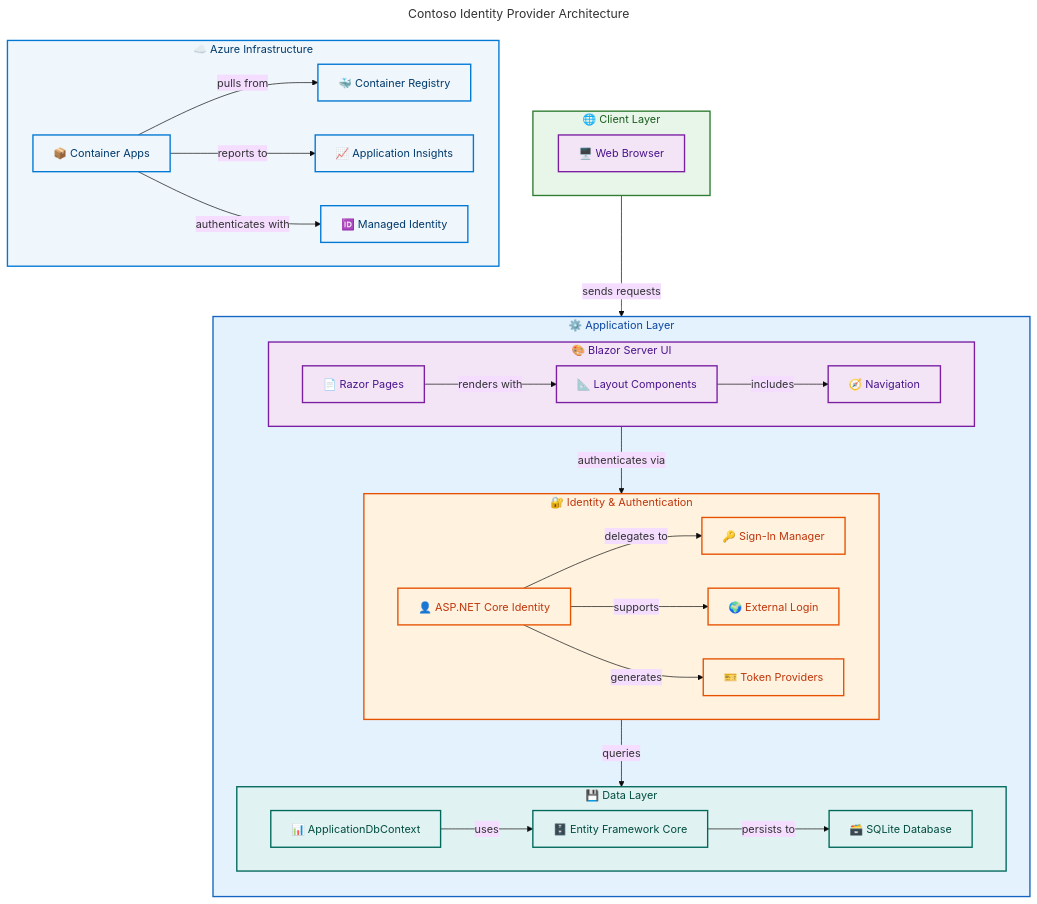
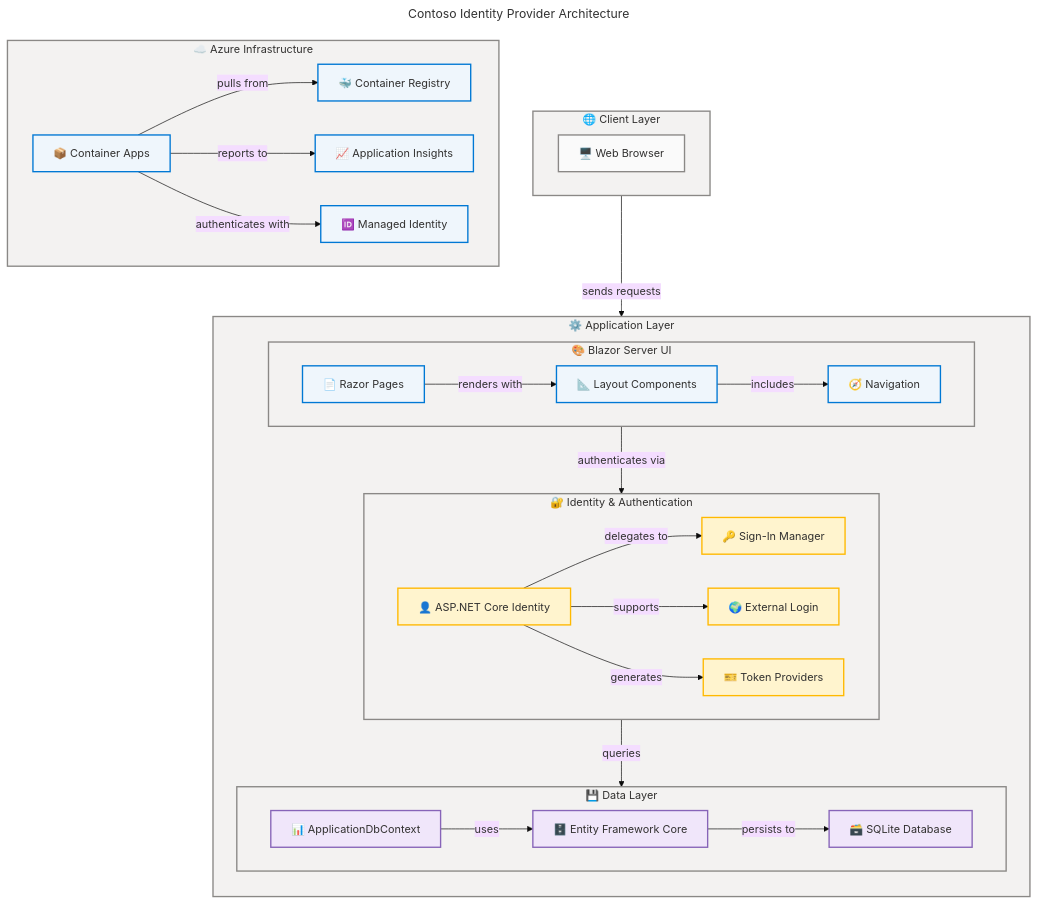
One commit to Evilazaro/IdentityProvider changed the diagram in README.md. Above: the diagram before and after it, drawn with Mermaid.

Commit message:
Enhance flowchart in README.md with updated styling, semantic class definitions, and improved accessibility features

````diff
--- a/README.md
+++ b/README.md
@@ -29,6 +29,8 @@
   theme: base
   look: classic
   layout: dagre
+  themeVariables:
+    fontSize: '16px'
   flowchart:
     htmlLabels: true
 ---
@@ -36,9 +38,20 @@
     accTitle: Contoso Identity Provider Architecture Diagram
     accDescr: Shows the layered architecture of the Identity Provider including UI, authentication, data, and Azure infrastructure components
 
+    %% ═══════════════════════════════════════════════════════════════════════════
+    %% AZURE / FLUENT ARCHITECTURE PATTERN v1.1
+    %% (Semantic + Structural + Font + Accessibility Governance)
+    %% ═══════════════════════════════════════════════════════════════════════════
+    %% PHASE 1 - FLUENT UI: All styling uses approved Fluent UI palette only
+    %% PHASE 2 - GROUPS: Every subgraph has semantic color via style directive
+    %% PHASE 3 - COMPONENTS: Every node has semantic classDef + icon prefix
+    %% PHASE 4 - ACCESSIBILITY: accTitle/accDescr present, WCAG AA contrast
+    %% PHASE 5 - STANDARD: Governance block present, classDefs centralized
+    %% ═══════════════════════════════════════════════════════════════════════════
+
     subgraph client["🌐 Client Layer"]
         direction LR
-        browser["🖥️ Web Browser"]:::ui
+        browser["🖥️ Web Browser"]:::neutral
     end
 
     subgraph app["⚙️ Application Layer"]
@@ -46,20 +59,20 @@
 
         subgraph ui["🎨 Blazor Server UI"]
             direction LR
-            pages["📄 Razor Pages"]:::ui
-            layout["📐 Layout Components"]:::ui
-            nav["🧭 Navigation"]:::ui
+            pages["📄 Razor Pages"]:::core
+            layout["📐 Layout Components"]:::core
+            nav["🧭 Navigation"]:::core
         end
 
         subgraph auth["🔐 Identity & Authentication"]
             direction LR
-            identity["👤 ASP.NET Core Identity"]:::auth
-            signin["🔑 Sign-In Manager"]:::auth
-            external["🌍 External Login"]:::auth
-            tokens["🎫 Token Providers"]:::auth
+            identity["👤 ASP.NET Core Identity"]:::warning
+            signin["🔑 Sign-In Manager"]:::warning
+            external["🌍 External Login"]:::warning
+            tokens["🎫 Token Providers"]:::warning
         end
 
-        subgraph data["💾 Data Layer"]
+        subgraph dataLayer["💾 Data Layer"]
             direction LR
             dbctx["📊 ApplicationDbContext"]:::data
             efcore["🗄️ Entity Framework Core"]:::data
@@ -69,10 +82,10 @@
 
     subgraph azure["☁️ Azure Infrastructure"]
         direction LR
-        aca["📦 Container Apps"]:::infra
-        acr["🐳 Container Registry"]:::infra
-        insights["📈 Application Insights"]:::infra
-        mid["🆔 Managed Identity"]:::infra
+        aca["📦 Container Apps"]:::core
+        acr["🐳 Container Registry"]:::core
+        insights["📈 Application Insights"]:::core
+        mid["🆔 Managed Identity"]:::core
     end
 
     browser -->|"sends requests"| pages
@@ -89,15 +102,17 @@
     aca -->|"reports to"| insights
     aca -->|"authenticates with"| mid
 
-    style client fill:#E8F5E9,stroke:#2E7D32,stroke-width:2px,color:#1B5E20
-    style app fill:#E3F2FD,stroke:#1565C0,stroke-width:2px,color:#0D47A1
-    style ui fill:#F3E5F5,stroke:#7B1FA2,stroke-width:2px,color:#4A148C
-    style auth fill:#FFF3E0,stroke:#E65100,stroke-width:2px,color:#BF360C
-    style data fill:#E0F2F1,stroke:#00695C,stroke-width:2px,color:#004D40
-    style azure fill:#EFF6FC,stroke:#0078D4,stroke-width:2px,color:#003A6C
+    %% Centralized semantic classDefs
+    classDef neutral fill:#FAFAFA,stroke:#8A8886,stroke-width:2px,color:#323130
+    classDef core fill:#EFF6FC,stroke:#0078D4,stroke-width:2px,color:#323130
+    classDef warning fill:#FFF4CE,stroke:#FFB900,stroke-width:2px,color:#323130
+    classDef data fill:#F0E6FA,stroke:#8764B8,stroke-width:2px,color:#323130
 
-    classDef ui fill:#F3E5F5,stroke:#7B1FA2,stroke-width:2px,color:#4A148C
-    classDef auth fill:#FFF3E0,stroke:#E65100,stroke-width:2px,color:#BF360C
-    classDef data fill:#E0F2F1,stroke:#00695C,stroke-width:2px,color:#004D40
-    classDef infra fill:#EFF6FC,stroke:#0078D4,stroke-width:2px,color:#003A6C
+    %% Subgraph styling (6 subgraphs = 6 style directives)
+    style client fill:#F3F2F1,stroke:#8A8886,stroke-width:2px,color:#323130
+    style app fill:#F3F2F1,stroke:#8A8886,stroke-width:2px,color:#323130
+    style ui fill:#F3F2F1,stroke:#8A8886,stroke-width:2px,color:#323130
+    style auth fill:#F3F2F1,stroke:#8A8886,stroke-width:2px,color:#323130
+    style dataLayer fill:#F3F2F1,stroke:#8A8886,stroke-width:2px,color:#323130
+    style azure fill:#F3F2F1,stroke:#8A8886,stroke-width:2px,color:#323130
 ```
````
